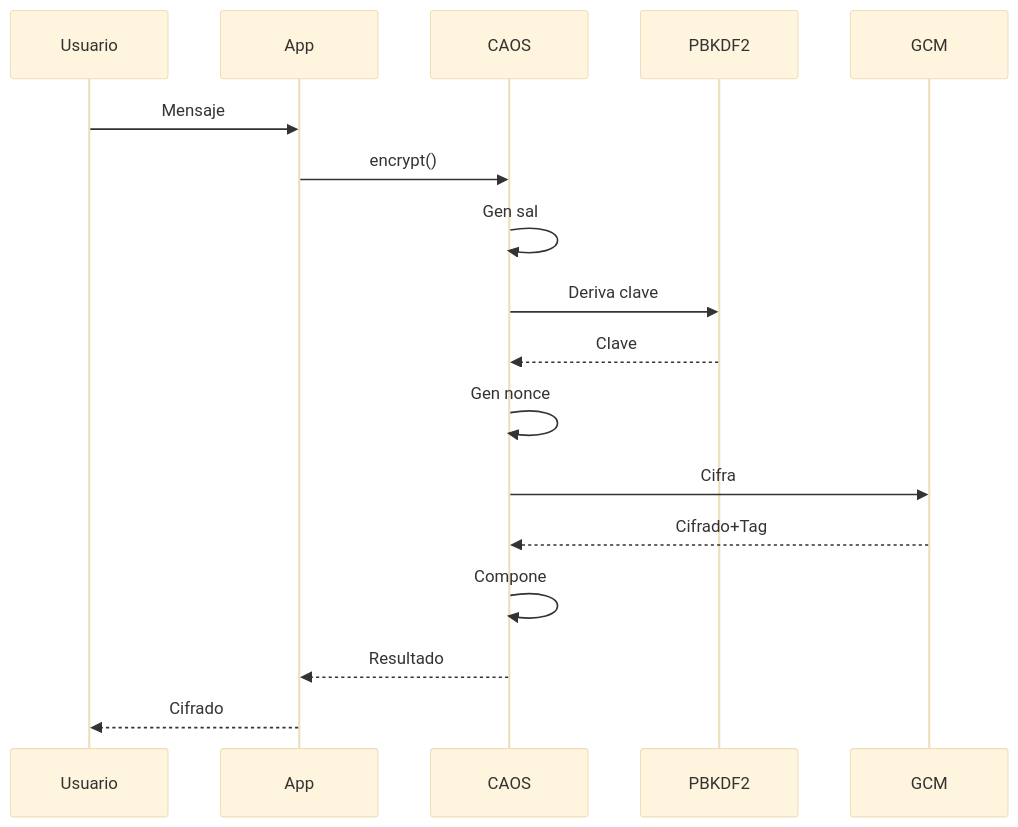
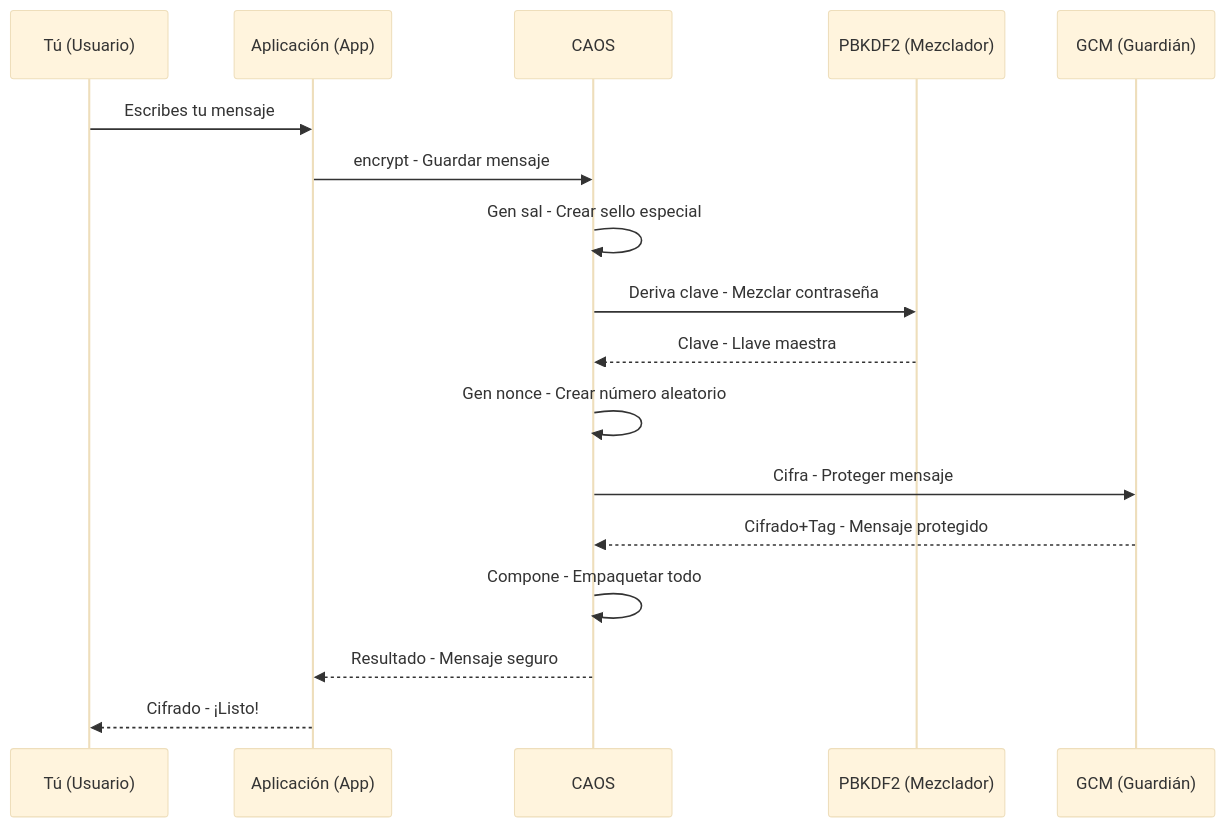
Before and after one commit to infantesromeroadrian/Encryption-CAOS-V4-Algorithms: the third of 7 diagrams in docs/CAOS_V4_Diagrams.md, drawn with Mermaid (base theme). The commit also changed other lines of this file and 123 other files, not shown here.

````diff
--- a/docs/CAOS_V4_Diagrams.md
+++ b/docs/CAOS_V4_Diagrams.md
@@ -41,20 +39,20 @@
 ```mermaid
 sequenceDiagram
-    participant U as Usuario
-    participant A as App
+    participant T as Tú (Usuario)
+    participant A as Aplicación (App)
     participant C as CAOS
-    participant P as PBKDF2
-    participant G as GCM
+    participant P as PBKDF2 (Mezclador)
+    participant G as GCM (Guardián)
     
-    U->>A: Mensaje
-    A->>C: encrypt()
-    C->>C: Gen sal
-    C->>P: Deriva clave
-    P-->>C: Clave
-    C->>C: Gen nonce
-    C->>G: Cifra
-    G-->>C: Cifrado+Tag
-    C->>C: Compone
-    C-->>A: Resultado
-    A-->>U: Cifrado
+    T->>A: Escribes tu mensaje
+    A->>C: encrypt - Guardar mensaje
+    C->>C: Gen sal - Crear sello especial
+    C->>P: Deriva clave - Mezclar contraseña
+    P-->>C: Clave - Llave maestra
+    C->>C: Gen nonce - Crear número aleatorio
+    C->>G: Cifra - Proteger mensaje
+    G-->>C: Cifrado+Tag - Mensaje protegido
+    C->>C: Compone - Empaquetar todo
+    C-->>A: Resultado - Mensaje seguro
+    A-->>T: Cifrado - ¡Listo!
 ```
````
